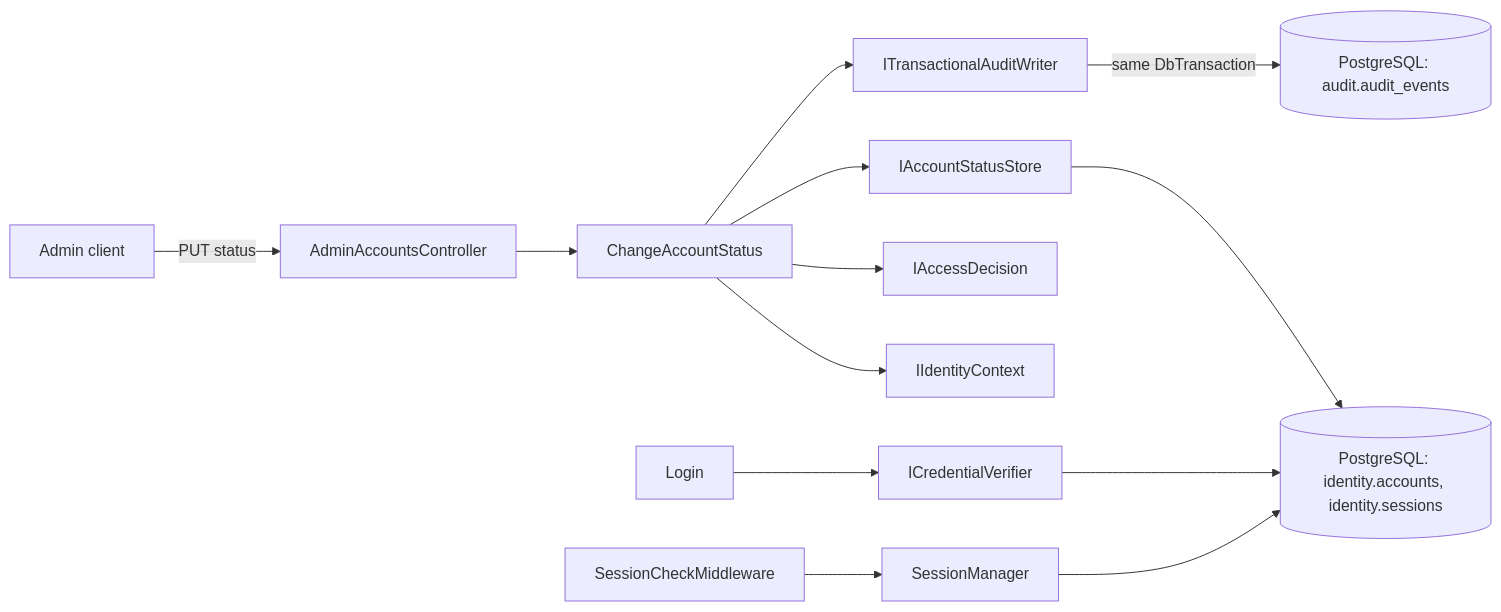
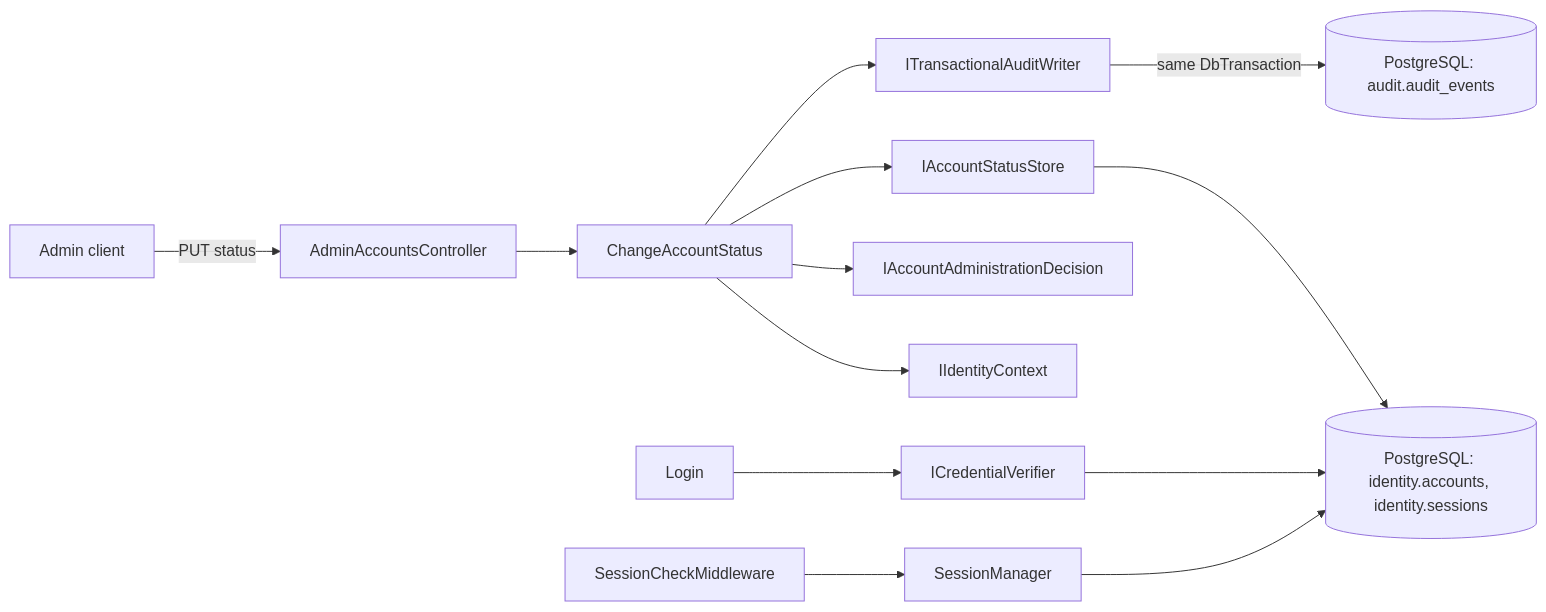
One commit to owlCoder/security-lab changed the first of 2 diagrams in docs/IDN-03_ACCOUNT_STATUS.md. Above: the diagram before and after it, drawn with Mermaid. The commit also changed other lines of this file and 10 other files, not shown here.

First line of the commit message:
Rename IAccessDecision to IAccountAdministrationDecision

````diff
--- a/docs/IDN-03_ACCOUNT_STATUS.md
+++ b/docs/IDN-03_ACCOUNT_STATUS.md
@@ -33,15 +33,15 @@
 ```mermaid
 flowchart LR
   Client[Admin client] -->|PUT status| Ctrl[AdminAccountsController]
   Ctrl --> UC[ChangeAccountStatus]
   UC --> Ctx[IIdentityContext]
-  UC --> Acc[IAccessDecision]
+  UC --> Acc[IAccountAdministrationDecision]
   UC --> Store[IAccountStatusStore]
   UC --> Aud[ITransactionalAuditWriter]
   Store --> DB[(PostgreSQL: identity.accounts, identity.sessions)]
   Aud -->|same DbTransaction| AuditDB[(PostgreSQL: audit.audit_events)]
   Login[Login] --> Cred[ICredentialVerifier]
   Cred --> DB
   Mw[SessionCheckMiddleware] --> SM[SessionManager]
   SM --> DB
 ```
````
